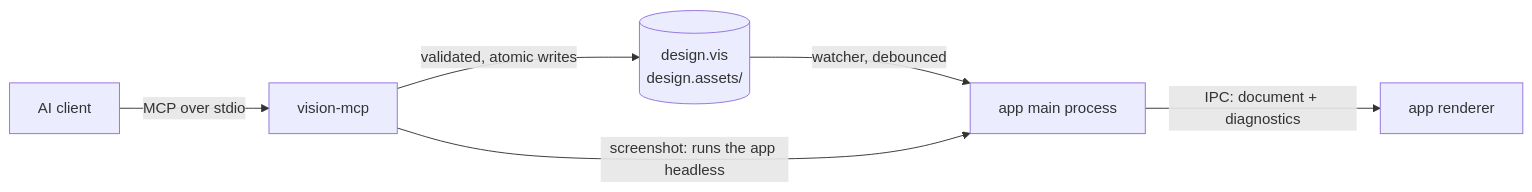
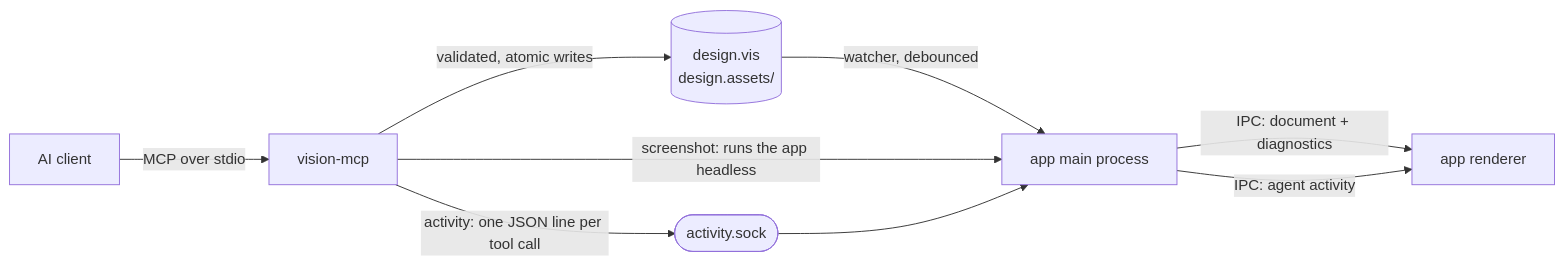
One commit to opikdev/vision changed the diagram in docs/architecture.md. Above: the diagram before and after it, drawn with Mermaid. The commit also changed other lines of this file and 4 other files, not shown here.

Commit message:
docs: explain agent activity

````diff
--- a/docs/architecture.md
+++ b/docs/architecture.md
@@ -5,8 +5,11 @@
 ```mermaid
 flowchart LR
     AI[AI client] -- MCP over stdio --> MCP[vision-mcp]
     MCP -- validated, atomic writes --> File[(design.vis<br/>design.assets/)]
     File -- watcher, debounced --> Main[app main process]
     Main -- IPC: document + diagnostics --> Renderer[app renderer]
     MCP -- screenshot: runs the app headless --> Main
+    MCP -- activity: one JSON line per tool call --> Socket([activity.sock])
+    Socket --> Main
+    Main -- IPC: agent activity --> Renderer
 ```
````
